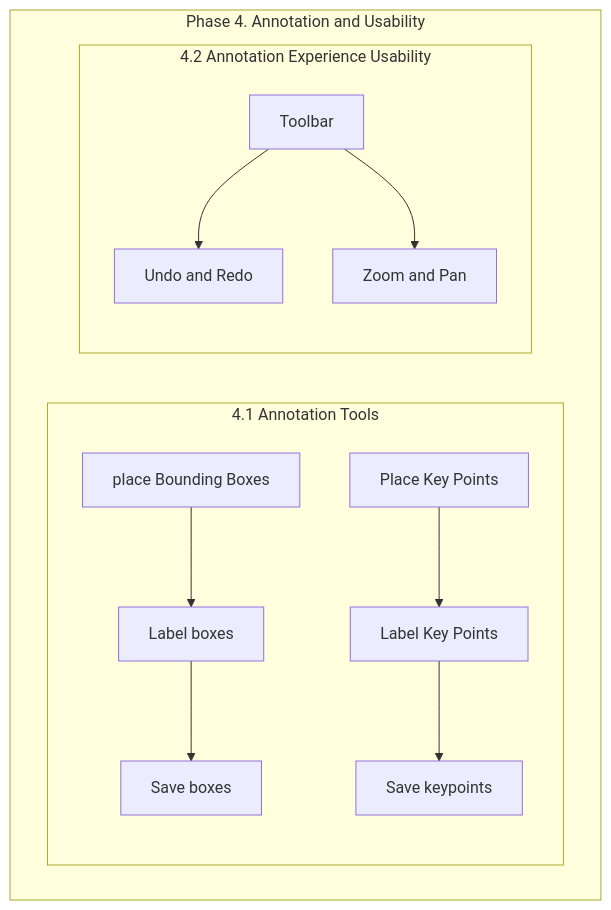
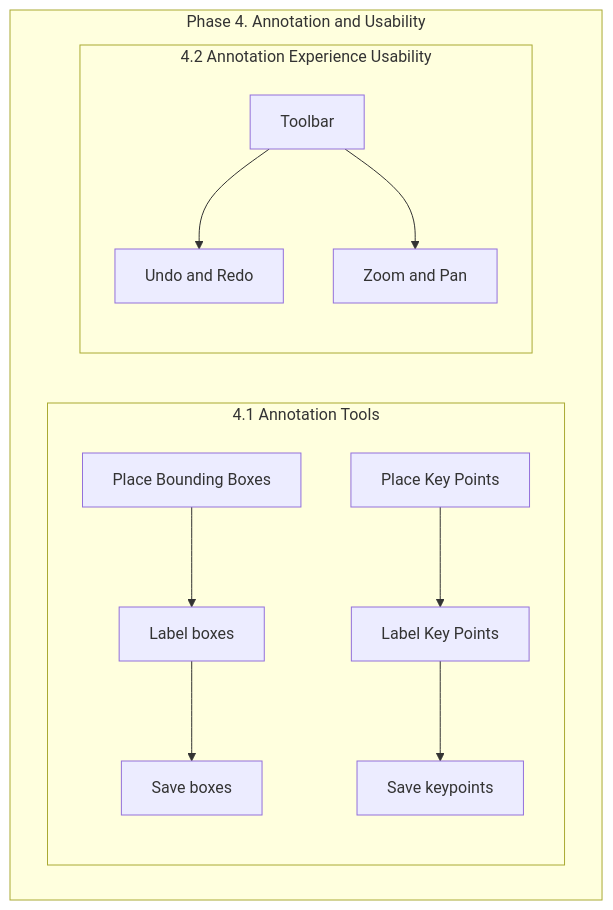
Before and after one commit to maxcraig112/FIT3162-Canary: the diagram in Documentation/Work Breakdown Structure/4_annotation_tools.md, drawn with Mermaid.

````diff
--- a/Documentation/Work Breakdown Structure/4_annotation_tools.md
+++ b/Documentation/Work Breakdown Structure/4_annotation_tools.md
@@ -1,32 +1,32 @@
 ```mermaid
 graph TD
 
 subgraph D [Phase 4. Annotation and Usability]
 
   subgraph D1 [4.1 Annotation Tools]
   
-    BB1[place Bounding Boxes]
+    BB1[Place Bounding Boxes]
     BB2[Label boxes]
     BB3[Save boxes]
     BB1 --> BB2 --> BB3
 
     KP1[Place Key Points]
     KP2[Label Key Points]
     KP3[Save keypoints]
     KP1 --> KP2 --> KP3
   end
 
   subgraph D2 [4.2 Annotation Experience Usability]
     E3[Toolbar]
 
     E1[Undo and Redo]
     E2[Zoom and Pan]
 
     E3 --> E1
     E3 --> E2
   end
 
 end
 
 
 ```
````
